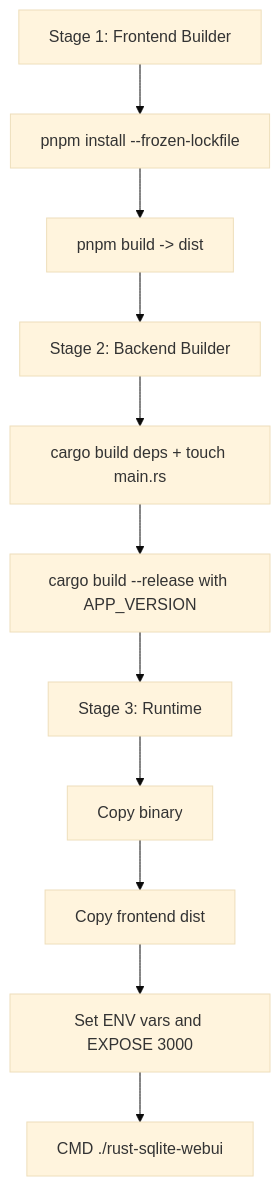
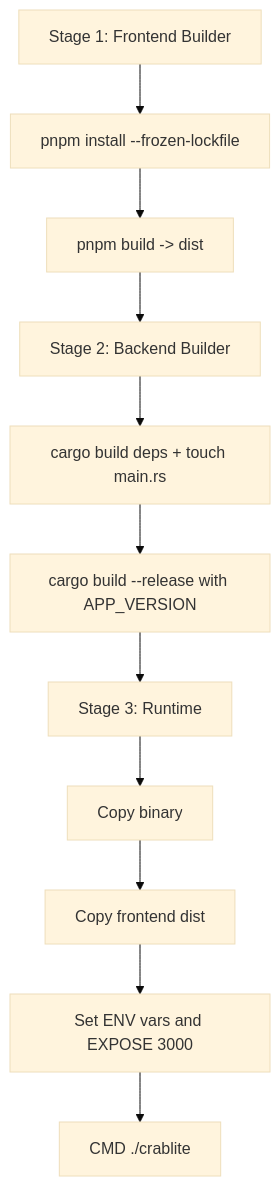
The eighth of 9 diagrams in .qoder/repowiki/en/content/Deployment & Operations/Release Process.md (sutanto1010/crablite), drawn with Mermaid (base theme) before and after one commit. The commit also changed other lines of this file and 47 other files, not shown here.

````diff
--- a/.qoder/repowiki/en/content/Deployment & Operations/Release Process.md
+++ b/.qoder/repowiki/en/content/Deployment & Operations/Release Process.md
@@ -223,13 +289,13 @@
 ```mermaid
 flowchart TD
 FStart["Stage 1: Frontend Builder"] --> FInstall["pnpm install --frozen-lockfile"]
 FInstall --> FBuild["pnpm build -> dist"]
 FBuild --> BStart["Stage 2: Backend Builder"]
 BStart --> BCargo["cargo build deps + touch main.rs"]
 BCargo --> BRelease["cargo build --release with APP_VERSION"]
 BRelease --> RStart["Stage 3: Runtime"]
 RStart --> CopyBin["Copy binary"]
 CopyBin --> CopyFE["Copy frontend dist"]
 CopyFE --> Env["Set ENV vars and EXPOSE 3000"]
-Env --> CMD["CMD ./rust-sqlite-webui"]
+Env --> CMD["CMD ./crablite"]
 ```
````
